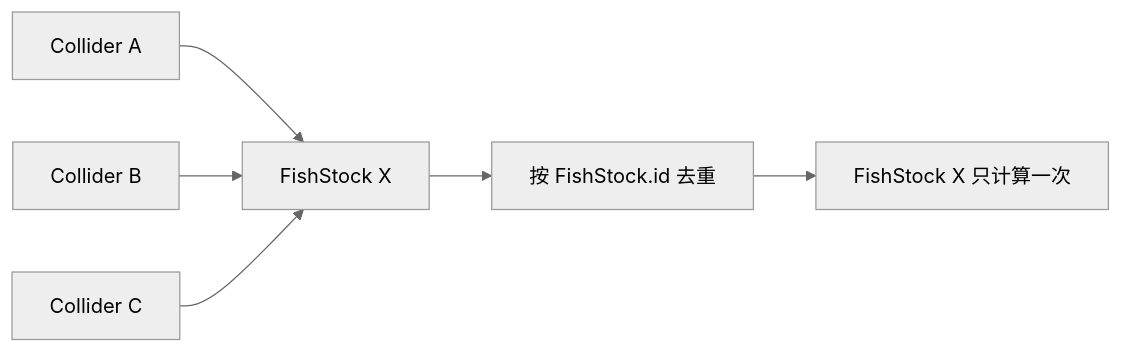
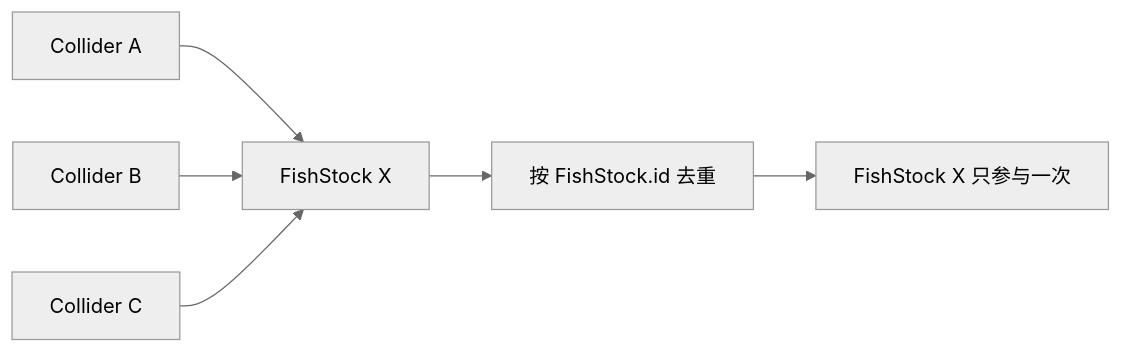
The first of 2 diagrams in docs/real-fish-weight-anchor-no-fish-expansion-dev-spec.md (futouyiba/HitFish-Up), drawn with Mermaid (neutral theme) before and after one commit. The commit also changed other lines of this file, not shown here.

Commit message:
docs: tighten no-fish expansion runtime contract

````diff
--- a/docs/real-fish-weight-anchor-no-fish-expansion-dev-spec.md
+++ b/docs/real-fish-weight-anchor-no-fish-expansion-dev-spec.md
@@ -250,8 +210,8 @@
 ```mermaid
 flowchart LR
     A[Collider A] --> S[FishStock X]
     B[Collider B] --> S
     C[Collider C] --> S
     S --> D[按 FishStock.id 去重]
-    D --> E[FishStock X 只计算一次]
+    D --> E[FishStock X 只参与一次]
 ```
````
